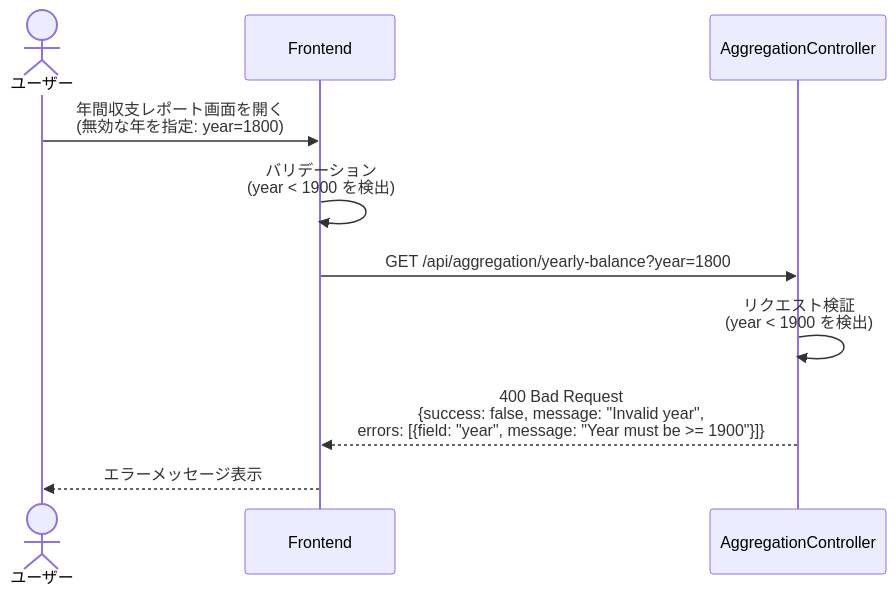
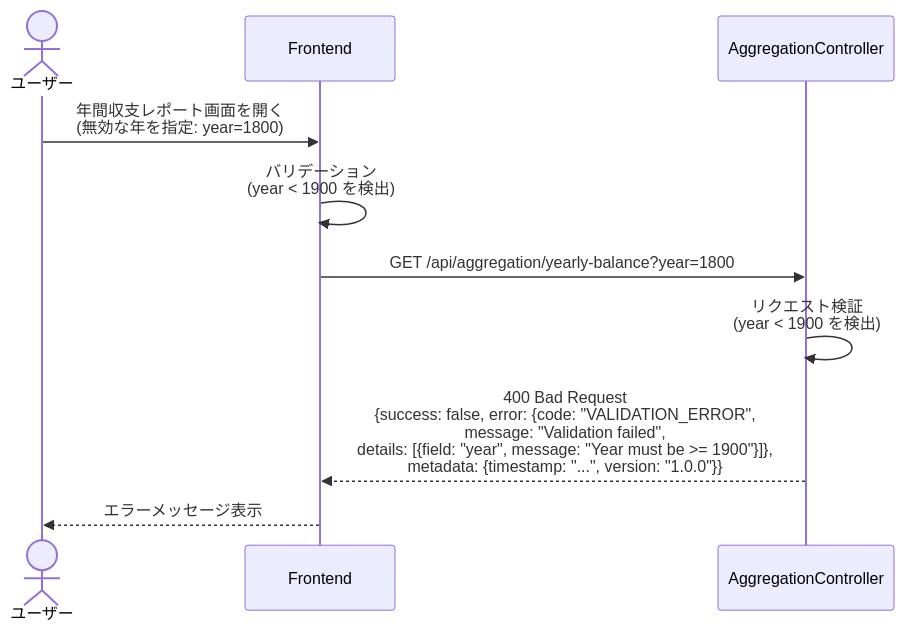
The fourth of 5 diagrams in docs/detailed-design/FR-020_yearly-balance-aggregation/sequence-diagrams.md (kencom2400/account-book), drawn with Mermaid before and after one commit. The commit also changed other lines of this file and 3 other files, not shown here.

````diff
--- a/docs/detailed-design/FR-020_yearly-balance-aggregation/sequence-diagrams.md
+++ b/docs/detailed-design/FR-020_yearly-balance-aggregation/sequence-diagrams.md
@@ -218,14 +232,14 @@
 ```mermaid
 sequenceDiagram
     actor User as ユーザー
     participant FE as Frontend
     participant API as AggregationController
 
     User->>FE: 年間収支レポート画面を開く<br/>(無効な年を指定: year=1800)
     FE->>FE: バリデーション<br/>(year < 1900 を検出)
     FE->>API: GET /api/aggregation/yearly-balance?year=1800
 
     API->>API: リクエスト検証<br/>(year < 1900 を検出)
-    API-->>FE: 400 Bad Request<br/>{success: false, message: "Invalid year",<br/>errors: [{field: "year", message: "Year must be >= 1900"}]}
+    API-->>FE: 400 Bad Request<br/>{success: false, error: {code: "VALIDATION_ERROR",<br/>message: "Validation failed",<br/>details: [{field: "year", message: "Year must be >= 1900"}]},<br/>metadata: {timestamp: "...", version: "1.0.0"}}
     FE-->>User: エラーメッセージ表示
 ```
````
